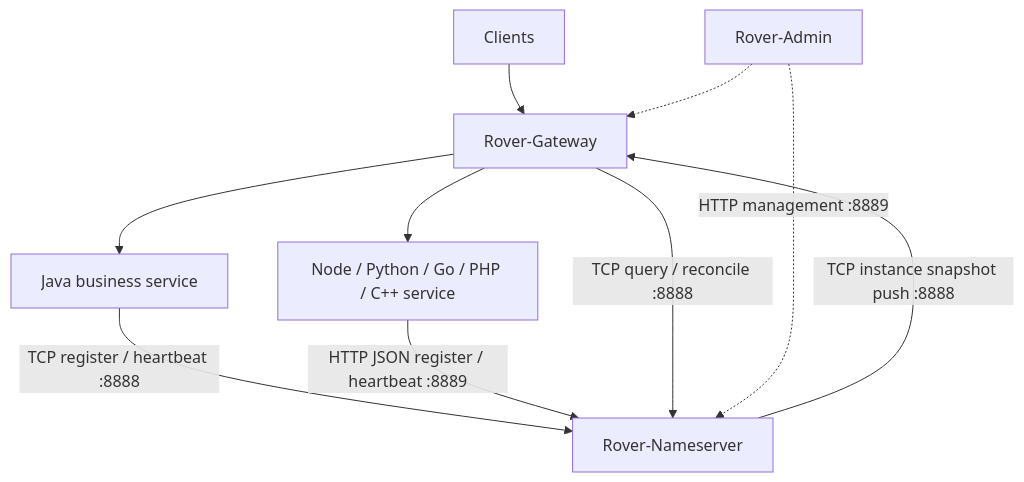
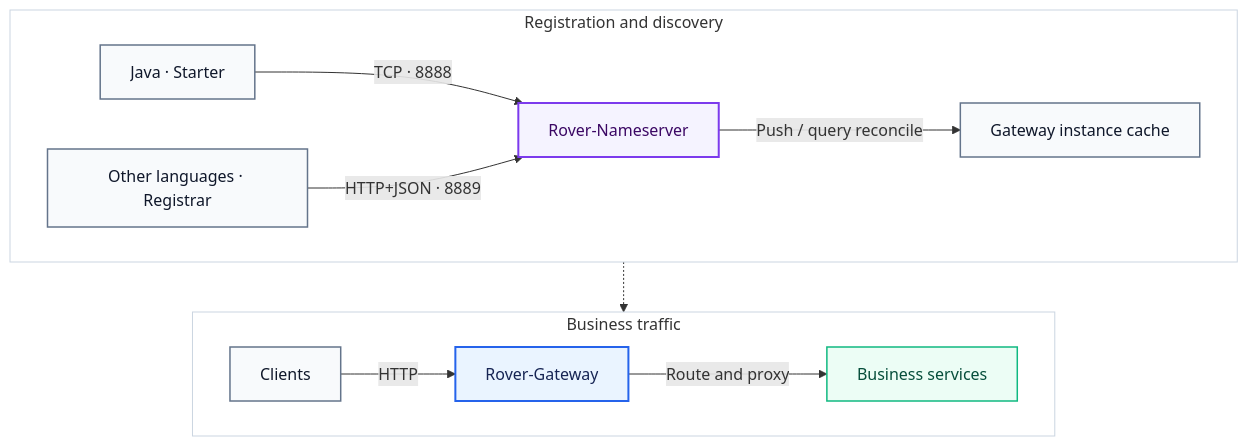
Before and after one commit to zzl-qz/Rover-Suite: the first of 3 diagrams in docs-public/architecture.md, drawn with Mermaid. The commit also changed other lines of this file and 7 other files, not shown here.

Commit message:
调整了一下图

````diff
--- a/docs-public/architecture.md
+++ b/docs-public/architecture.md
@@ -53,15 +53,28 @@
 ```mermaid
 flowchart TB
-    Client["Clients"] --> GW["Rover-Gateway"]
-    GW --> JavaService["Java business service"]
-    GW --> OtherService["Node / Python / Go / PHP / C++ service"]
+    subgraph Traffic["Business traffic"]
+        direction LR
+        Client["Clients"] -->|"HTTP"| GW["Rover-Gateway"]
+        GW -->|"Route and proxy"| Service["Business services"]
+    end
 
-    JavaService -->|"TCP register / heartbeat :8888"| NS["Rover-Nameserver"]
-    OtherService -->|"HTTP JSON register / heartbeat :8889"| NS
+    subgraph Control["Registration and discovery"]
+        direction LR
+        Java["Java · Starter"] -->|"TCP · 8888"| NS["Rover-Nameserver"]
+        Other["Other languages · Registrar"] -->|"HTTP+JSON · 8889"| NS
+        NS -->|"Push / query reconcile"| Cache["Gateway instance cache"]
+    end
 
-    NS -->|"TCP instance snapshot push :8888"| GW
-    GW -->|"TCP query / reconcile :8888"| NS
+    Cache -.-> GW
 
-    Admin["Rover-Admin"] -.->|"HTTP management :8889"| NS
-    Admin -.-> GW
+    classDef edge fill:#F8FAFC,stroke:#64748B,color:#0F172A,stroke-width:1.5px;
+    classDef gateway fill:#EAF4FF,stroke:#2563EB,color:#172554,stroke-width:2px;
+    classDef service fill:#ECFDF5,stroke:#10B981,color:#064E3B,stroke-width:1.5px;
+    classDef registry fill:#F5F3FF,stroke:#7C3AED,color:#3B0764,stroke-width:2px;
+    class Client,Java,Other,Cache edge;
+    class GW gateway;
+    class Service service;
+    class NS registry;
+    style Traffic fill:#FFFFFF,stroke:#CBD5E1,stroke-width:1px;
+    style Control fill:#FFFFFF,stroke:#CBD5E1,stroke-width:1px;
 ```
````
